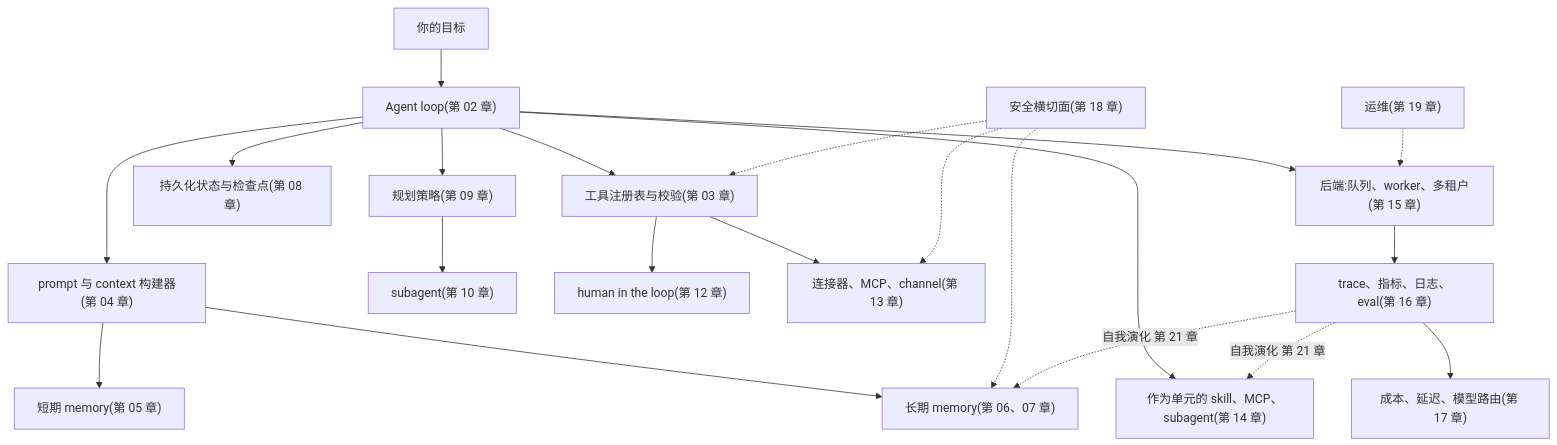
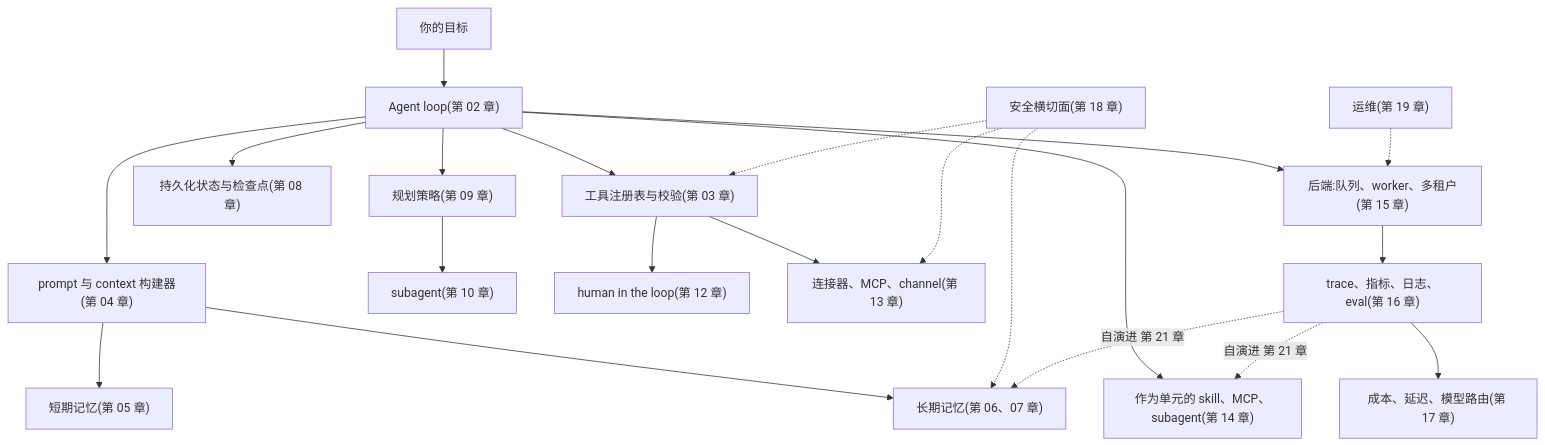
Before and after one commit to ocxers/agentic-ai-system-course-zh: the diagram in course-zh/22-designing-your-own-agent.md, drawn with Mermaid. The commit also changed other lines of this file and 22 other files, not shown here.

````diff
--- a/course-zh/22-designing-your-own-agent.md
+++ b/course-zh/22-designing-your-own-agent.md
@@ -15,23 +15,23 @@
 ```mermaid
 flowchart TD
     Goal["你的目标"] --> Loop["Agent loop(第 02 章)"]
     Loop --> Tools["工具注册表与校验(第 03 章)"]
     Loop --> Context["prompt 与 context 构建器(第 04 章)"]
-    Context --> STM["短期 memory(第 05 章)"]
-    Context --> LTM["长期 memory(第 06、07 章)"]
+    Context --> STM["短期记忆(第 05 章)"]
+    Context --> LTM["长期记忆(第 06、07 章)"]
     Loop --> State["持久化状态与检查点(第 08 章)"]
     Loop --> Plan["规划策略(第 09 章)"]
     Plan --> Delegation["subagent(第 10 章)"]
     Loop --> Ext["作为单元的 skill、MCP、subagent(第 14 章)"]
     Tools --> Approval["human in the loop(第 12 章)"]
     Tools --> Connectors["连接器、MCP、channel(第 13 章)"]
     Loop --> Backend["后端:队列、worker、多租户(第 15 章)"]
     Backend --> Obs["trace、指标、日志、eval(第 16 章)"]
     Obs --> Routing["成本、延迟、模型路由(第 17 章)"]
     Safety["安全横切面(第 18 章)"] -.-> Tools
     Safety -.-> LTM
     Safety -.-> Connectors
-    Obs -.->|自我演化 第 21 章| LTM
-    Obs -.->|自我演化 第 21 章| Ext
+    Obs -.->|自演进 第 21 章| LTM
+    Obs -.->|自演进 第 21 章| Ext
     Ops["运维(第 19 章)"] -.-> Backend
 ```
````
